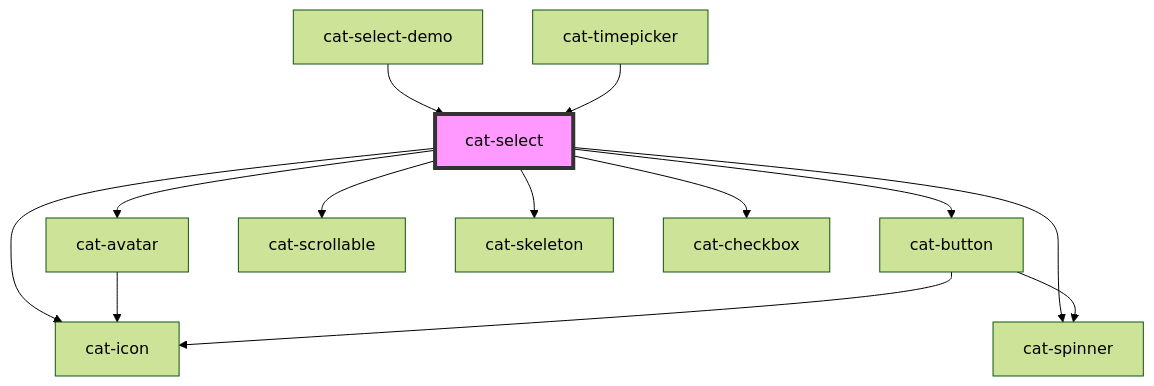
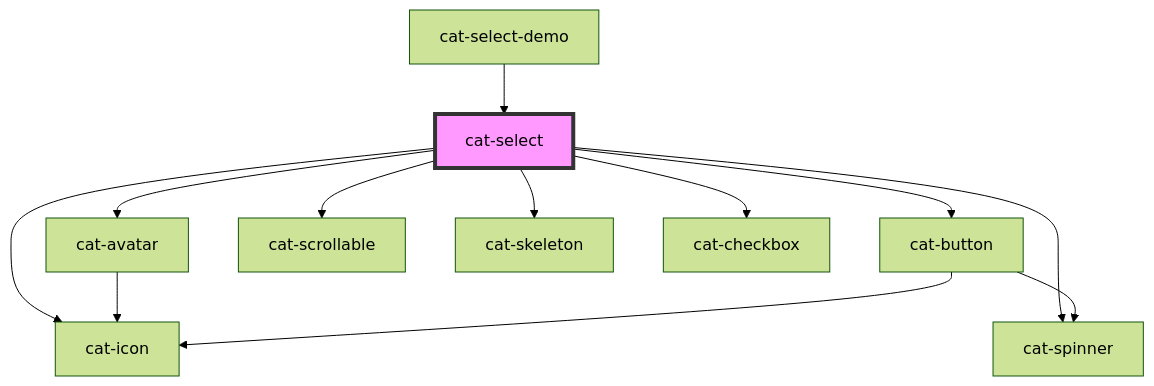
Before and after one commit to haiilo/catalyst: the diagram in core/src/components/cat-select/readme.md, drawn with Mermaid (forest theme). The commit also changed other lines of this file and 42 other files, not shown here.

````diff
--- a/core/src/components/cat-select/readme.md
+++ b/core/src/components/cat-select/readme.md
@@ -97,16 +96,15 @@
 ```mermaid
 graph TD;
   cat-select --> cat-avatar
   cat-select --> cat-button
   cat-select --> cat-spinner
   cat-select --> cat-icon
   cat-select --> cat-scrollable
   cat-select --> cat-skeleton
   cat-select --> cat-checkbox
   cat-avatar --> cat-icon
   cat-button --> cat-icon
   cat-button --> cat-spinner
   cat-select-demo --> cat-select
-  cat-timepicker --> cat-select
   style cat-select fill:#f9f,stroke:#333,stroke-width:4px
 ```
````
